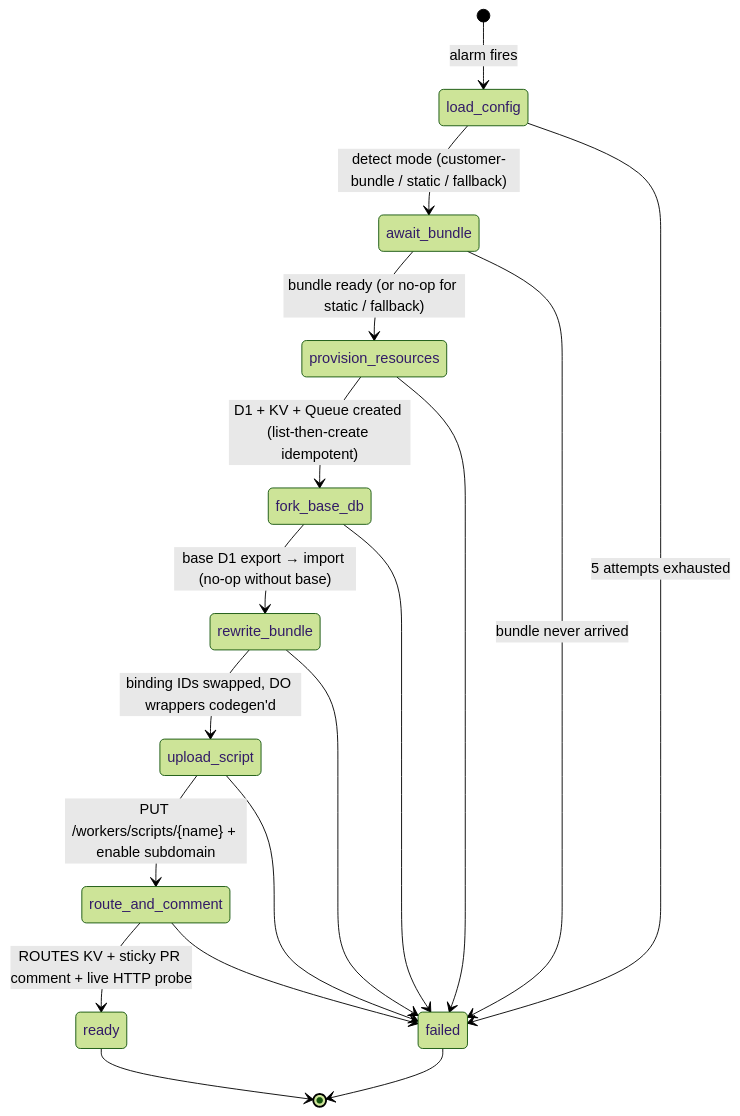
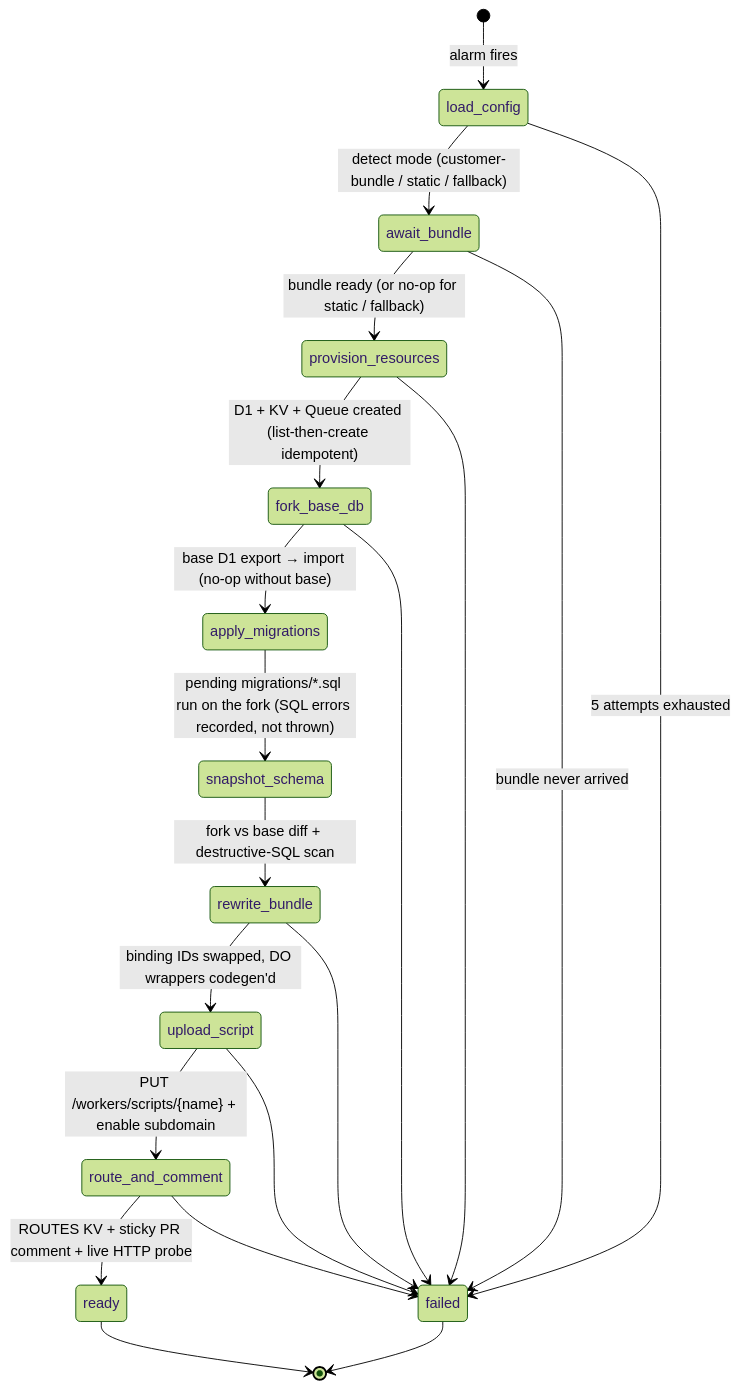
The fourth of 6 diagrams in README.md (Adi-gitX/Rift), drawn with Mermaid (forest theme) before and after one commit. The commit also changed other lines of this file and 102 other files, not shown here.

````diff
--- a/README.md
+++ b/README.md
@@ -215,21 +238,23 @@
 ```mermaid
 stateDiagram-v2
   [*] --> load_config: alarm fires
   load_config --> await_bundle: detect mode (customer-bundle / static / fallback)
   await_bundle --> provision_resources: bundle ready (or no-op for static / fallback)
   provision_resources --> fork_base_db: D1 + KV + Queue created (list-then-create idempotent)
-  fork_base_db --> rewrite_bundle: base D1 export → import (no-op without base)
+  fork_base_db --> apply_migrations: base D1 export → import (no-op without base)
+  apply_migrations --> snapshot_schema: pending migrations/*.sql run on the fork (SQL errors recorded, not thrown)
+  snapshot_schema --> rewrite_bundle: fork vs base diff + destructive-SQL scan
   rewrite_bundle --> upload_script: binding IDs swapped, DO wrappers codegen'd
   upload_script --> route_and_comment: PUT /workers/scripts/{name} + enable subdomain
   route_and_comment --> ready: ROUTES KV + sticky PR comment + live HTTP probe
   ready --> [*]
 
   load_config --> failed: 5 attempts exhausted
   await_bundle --> failed: bundle never arrived
   provision_resources --> failed
   fork_base_db --> failed
   rewrite_bundle --> failed
   upload_script --> failed
   route_and_comment --> failed
   failed --> [*]
 ```
````
